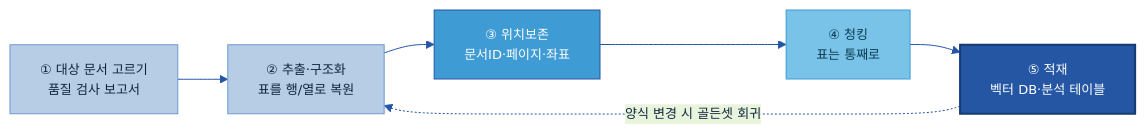
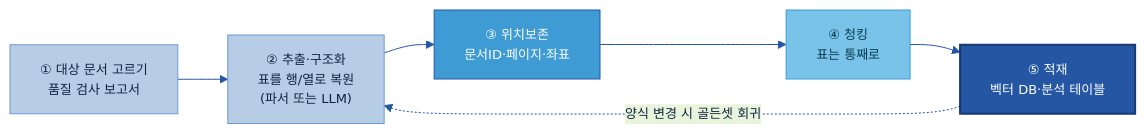
The fourth of 9 diagrams in 가이드 작성/B-1 데이터 전처리/B-1 데이터 전처리.md (jin-kearney/ai-ready-data-manual), drawn with Mermaid before and after one commit. The commit also changed other lines of this file and 1 other file, not shown here.

````diff
--- a/가이드 작성/B-1 데이터 전처리/B-1 데이터 전처리.md
+++ b/가이드 작성/B-1 데이터 전처리/B-1 데이터 전처리.md
@@ -470,15 +497,15 @@
 ```mermaid
 %%{init: {'theme':'base','themeVariables':{'primaryColor':'#DCE8F5','primaryBorderColor':'#2456A4','primaryTextColor':'#10243f','lineColor':'#2456A4','fontSize':'13px'}}}%%
 flowchart LR
     S1["① 대상 문서 고르기<br/>품질 검사 보고서"]:::n
-    S2["② 추출·구조화<br/>표를 행/열로 복원"]:::n
+    S2["② 추출·구조화<br/>표를 행/열로 복원<br/>(파서 또는 LLM)"]:::n
     S3["③ 위치보존<br/>문서ID·페이지·좌표"]:::gate
     S4["④ 청킹<br/>표는 통째로"]:::src
     S5["⑤ 적재<br/>벡터 DB·분석 테이블"]:::cat
     S1 --> S2 --> S3 --> S4 --> S5
     S5 -.양식 변경 시 골든셋 회귀.-> S2
     classDef n fill:#B7CDE6,stroke:#6B9AD1,color:#10243f;
     classDef src fill:#79C3E8,stroke:#3F9BD4,color:#0b3a52;
     classDef cat fill:#2456A4,color:#fff,stroke:#163a73,stroke-width:2px;
     classDef gate fill:#3F9BD4,stroke:#2456A4,color:#fff;
 ```
````
